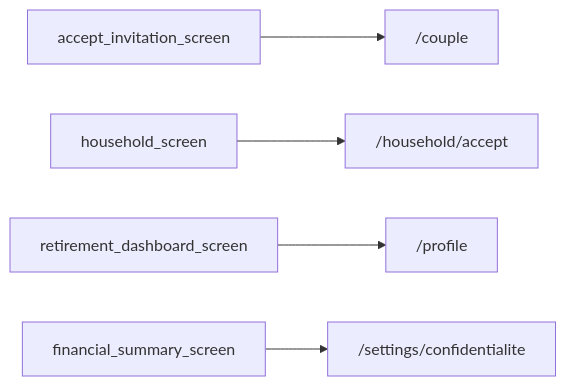
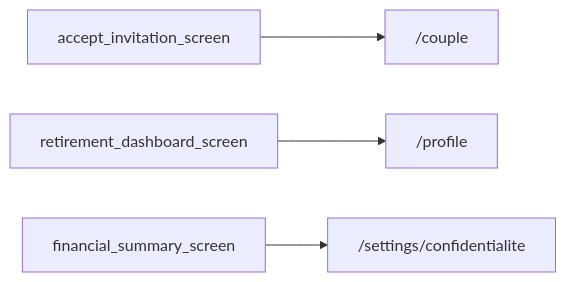
One commit to MINT-IA/MINT changed the diagram in .planning/architecture/themes/profil.md. Above: the diagram before and after it, drawn with Mermaid. The commit also changed other lines of this file and 12 other files, not shown here.

````diff
--- a/.planning/architecture/themes/profil.md
+++ b/.planning/architecture/themes/profil.md
@@ -40,7 +40,6 @@
 ```mermaid
 graph LR
   accept_invitation_screen["accept_invitation_screen"] --> _couple["/couple"]
-  household_screen["household_screen"] --> _household_accept["/household/accept"]
   retirement_dashboard_screen["retirement_dashboard_screen"] --> _profile["/profile"]
   financial_summary_screen["financial_summary_screen"] --> _settings_confidentialite["/settings/confidentialite"]
 ```
````
